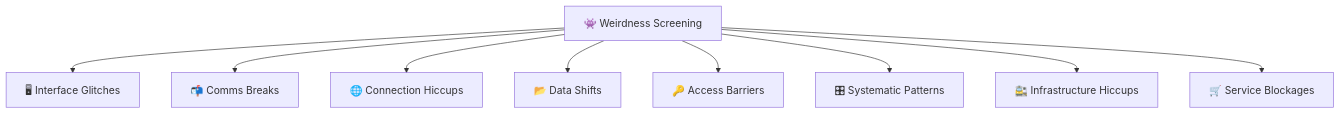
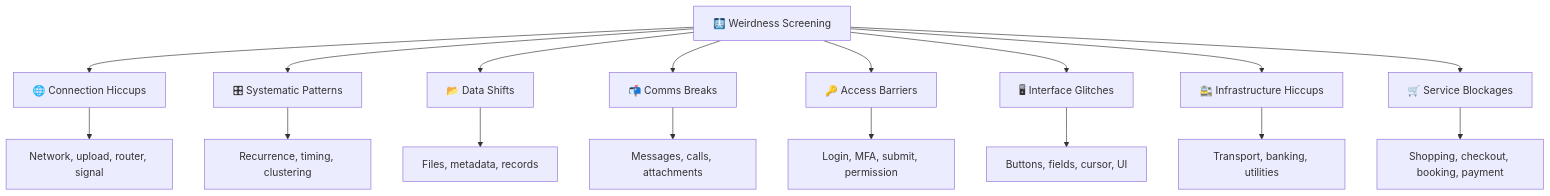
The second of 2 diagrams in 🌒_2_Signs_Symptoms/🩻_Weirdness_Screening/README.md (josefsbreakfast/Polaris-Protocol), drawn with Mermaid before and after one commit. The commit also changed other lines of this file, not shown here.

````diff
--- a/🌒_2_Signs_Symptoms/🩻_Weirdness_Screening/README.md
+++ b/🌒_2_Signs_Symptoms/🩻_Weirdness_Screening/README.md
@@ -33,11 +562,20 @@
 ```mermaid
 flowchart TD
-    A[👾 Weirdness Screening] --> B[🖥 Interface Glitches]
-    A --> C[📬 Comms Breaks]
-    A --> D[🌐 Connection Hiccups]
-    A --> E[📂 Data Shifts]
+    A[🩻 Weirdness Screening] --> B[🌐 Connection Hiccups]
+    A --> C[🎛 Systematic Patterns]
+    A --> D[📂 Data Shifts]
+    A --> E[📬 Comms Breaks]
     A --> F[🔑 Access Barriers]
-    A --> G[🎛 Systematic Patterns]
+    A --> G[🖥 Interface Glitches]
     A --> H[🚉 Infrastructure Hiccups]
     A --> I[🛒 Service Blockages]
+
+    B --> J[Network, upload, router, signal]
+    C --> K[Recurrence, timing, clustering]
+    D --> L[Files, metadata, records]
+    E --> M[Messages, calls, attachments]
+    F --> N[Login, MFA, submit, permission]
+    G --> O[Buttons, fields, cursor, UI]
+    H --> P[Transport, banking, utilities]
+    I --> Q[Shopping, checkout, booking, payment]
 ```
````
